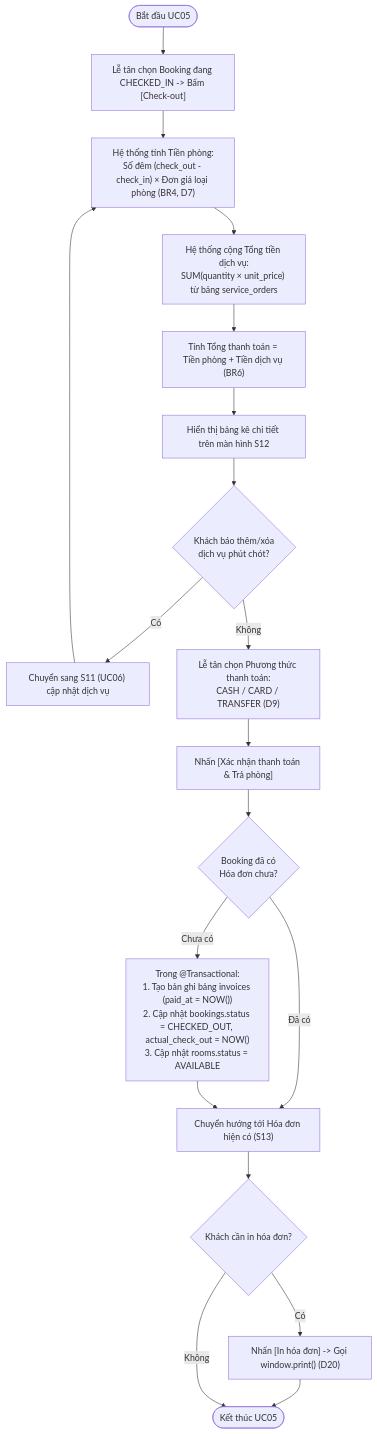
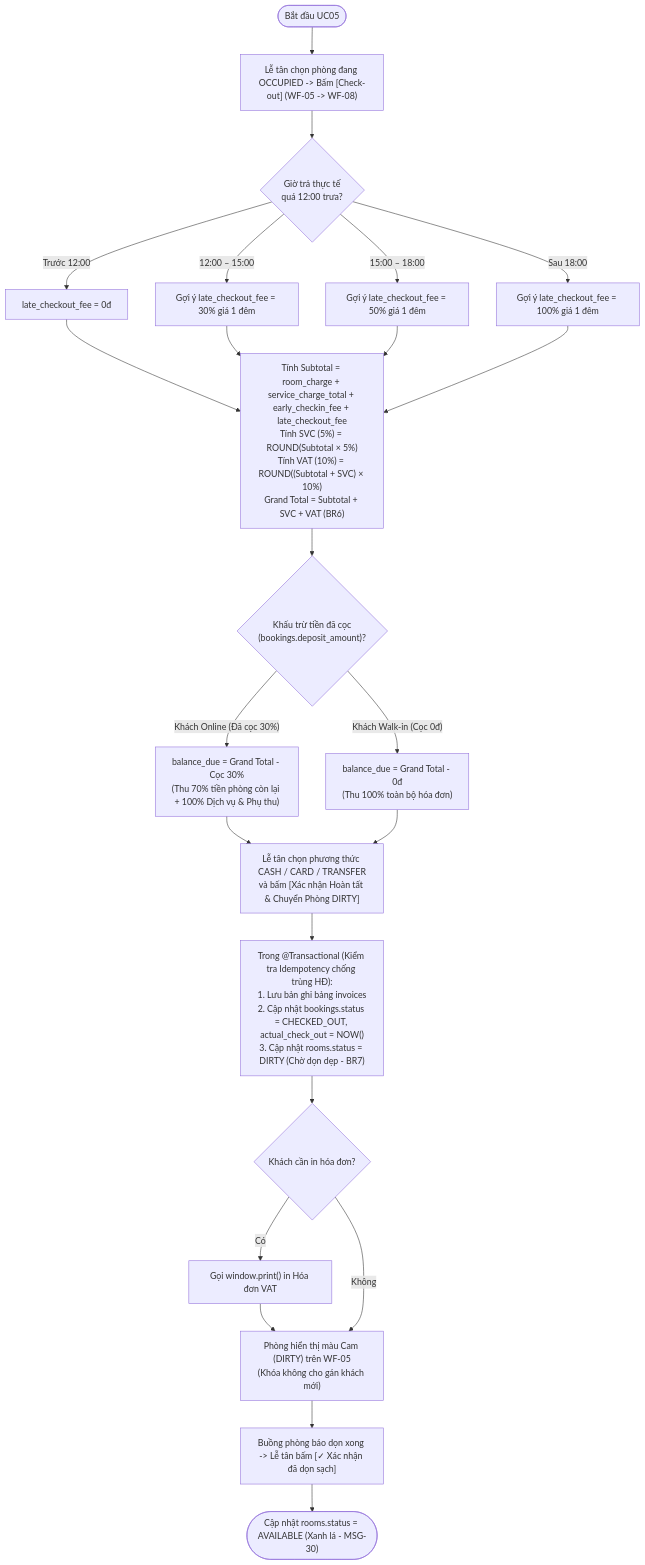
One commit to dangkhoa040706-design/ACE changed the eighth of 9 diagrams in docs/10-dac-ta-use-case-dat-phong-checkin-out.md. Above: the diagram before and after it, drawn with Mermaid. The commit also changed other lines of this file and 193 other files, not shown here.

````diff
--- a/docs/10-dac-ta-use-case-dat-phong-checkin-out.md
+++ b/docs/10-dac-ta-use-case-dat-phong-checkin-out.md
@@ -254,19 +265,28 @@
 ```mermaid
 flowchart TD
-    Start([Bắt đầu UC05]) --> SelectBK["Lễ tân chọn Booking đang CHECKED_IN -> Bấm [Check-out]"]
-    SelectBK --> CalcRoom["Hệ thống tính Tiền phòng:<br/>Số đêm (check_out - check_in) × Đơn giá loại phòng (BR4, D7)"]
-    CalcRoom --> CalcSvc["Hệ thống cộng Tổng tiền dịch vụ:<br/>SUM(quantity × unit_price) từ bảng service_orders"]
-    CalcSvc --> CalcTotal["Tính Tổng thanh toán = Tiền phòng + Tiền dịch vụ (BR6)"]
-    CalcTotal --> ShowS12["Hiển thị bảng kê chi tiết trên màn hình S12"]
-    ShowS12 --> NeedMoreSvc{"Khách báo thêm/xóa<br/>dịch vụ phút chót?"}
-    NeedMoreSvc -- Có --> GoUC06["Chuyển sang S11 (UC06) cập nhật dịch vụ"] --> CalcRoom
-    NeedMoreSvc -- Không --> PickPay["Lễ tân chọn Phương thức thanh toán:<br/>CASH / CARD / TRANSFER (D9)"]
-    PickPay --> ConfirmPay["Nhấn [Xác nhận thanh toán & Trả phòng]"]
-    ConfirmPay --> CheckIdem{"Booking đã có<br/>Hóa đơn chưa?"}
-    CheckIdem -- Đã có --> ViewInv["Chuyển hướng tới Hóa đơn hiện có (S13)"]
-    CheckIdem -- Chưa có --> SaveTx["Trong @Transactional:<br/>1. Tạo bản ghi bảng invoices (paid_at = NOW())<br/>2. Cập nhật bookings.status = CHECKED_OUT, actual_check_out = NOW()<br/>3. Cập nhật rooms.status = AVAILABLE"]
-    SaveTx --> ViewInv
-    ViewInv --> PrintChoice{"Khách cần in hóa đơn?"}
-    PrintChoice -- Có --> DoPrint["Nhấn [In hóa đơn] -> Gọi window.print() (D20)"] --> EndNode([Kết thúc UC05])
-    PrintChoice -- Không --> EndNode
+    Start([Bắt đầu UC05]) --> SelectRoom["Lễ tân chọn phòng đang OCCUPIED -> Bấm [Check-out] (WF-05 -> WF-08)"]
+    SelectRoom --> CheckLate{"Giờ trả thực tế\nquá 12:00 trưa?"}
+    CheckLate -- "Trước 12:00" --> Late0["late_checkout_fee = 0đ"]
+    CheckLate -- "12:00 – 15:00" --> Late30["Gợi ý late_checkout_fee = 30% giá 1 đêm"]
+    CheckLate -- "15:00 – 18:00" --> Late50["Gợi ý late_checkout_fee = 50% giá 1 đêm"]
+    CheckLate -- "Sau 18:00" --> Late100["Gợi ý late_checkout_fee = 100% giá 1 đêm"]
+
+    Late0 --> CalcBase["Tính Subtotal = room_charge + service_charge_total + early_checkin_fee + late_checkout_fee\nTính SVC (5%) = ROUND(Subtotal × 5%)\nTính VAT (10%) = ROUND((Subtotal + SVC) × 10%)\nGrand Total = Subtotal + SVC + VAT (BR6)"]
+    Late30 --> CalcBase
+    Late50 --> CalcBase
+    Late100 --> CalcBase
+
+    CalcBase --> CheckDeposit{"Khấu trừ tiền đã cọc\n(bookings.deposit_amount)?"}
+    CheckDeposit -- "Khách Online (Đã cọc 30%)" --> DueOnline["balance_due = Grand Total - Cọc 30%\n(Thu 70% tiền phòng còn lại + 100% Dịch vụ & Phụ thu)"]
+    CheckDeposit -- "Khách Walk-in (Cọc 0đ)" --> DueWalkIn["balance_due = Grand Total - 0đ\n(Thu 100% toàn bộ hóa đơn)"]
+
+    DueOnline --> PickPay["Lễ tân chọn phương thức CASH / CARD / TRANSFER\nvà bấm [Xác nhận Hoàn tất & Chuyển Phòng DIRTY]"]
+    DueWalkIn --> PickPay
+
+    PickPay --> TxSave["Trong @Transactional (Kiểm tra Idempotency chống trùng HĐ):\n1. Lưu bản ghi bảng invoices\n2. Cập nhật bookings.status = CHECKED_OUT, actual_check_out = NOW()\n3. Cập nhật rooms.status = DIRTY (Chờ dọn dẹp - BR7)"]
+    TxSave --> PrintQ{"Khách cần in hóa đơn?"}
+    PrintQ -- Có --> PrintInv["Gọi window.print() in Hóa đơn VAT"] --> HousekeepingWait
+    PrintQ -- Không --> HousekeepingWait["Phòng hiển thị màu Cam (DIRTY) trên WF-05\n(Khóa không cho gán khách mới)"]
+    HousekeepingWait --> CleanConfirm["Buồng phòng báo dọn xong -> Lễ tân bấm [✓ Xác nhận đã dọn sạch]"]
+    CleanConfirm --> SetAvail(["Cập nhật rooms.status = AVAILABLE (Xanh lá - MSG-30)"])
 ```
````
